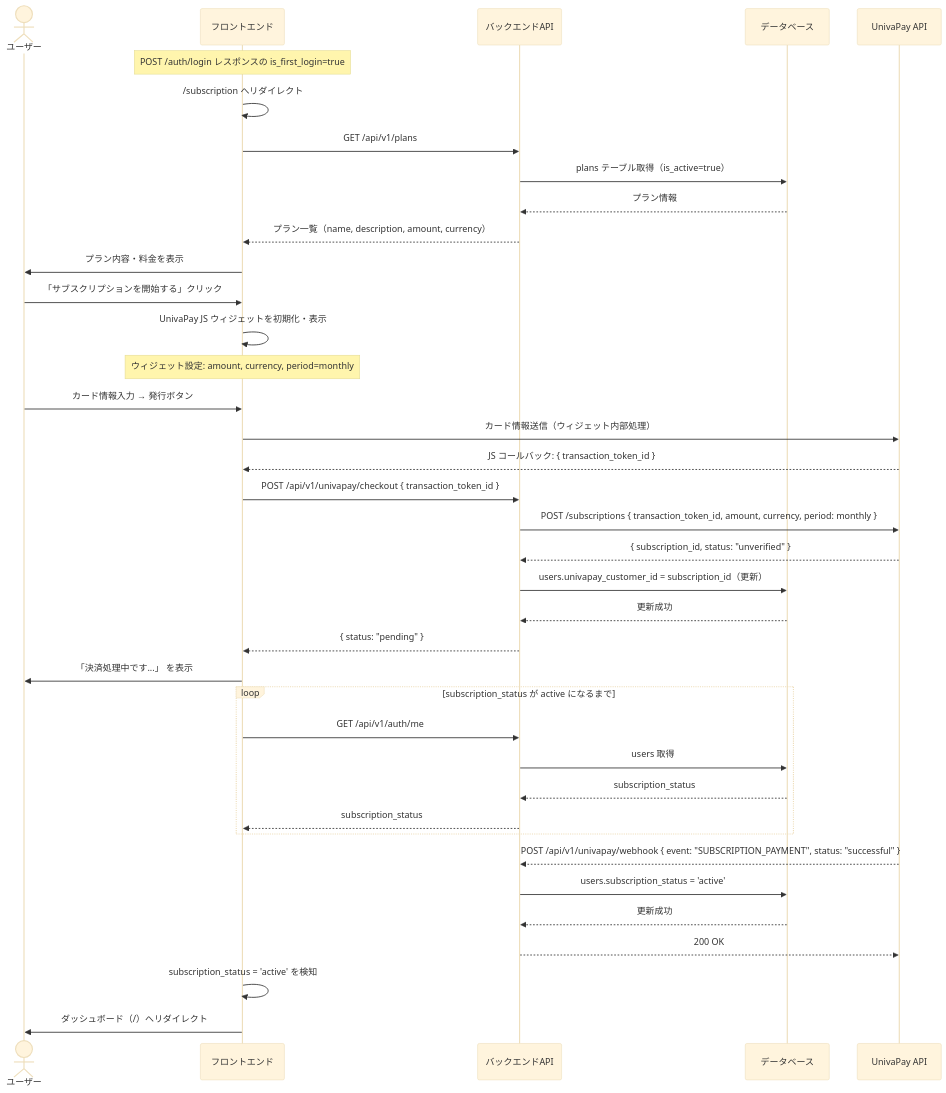
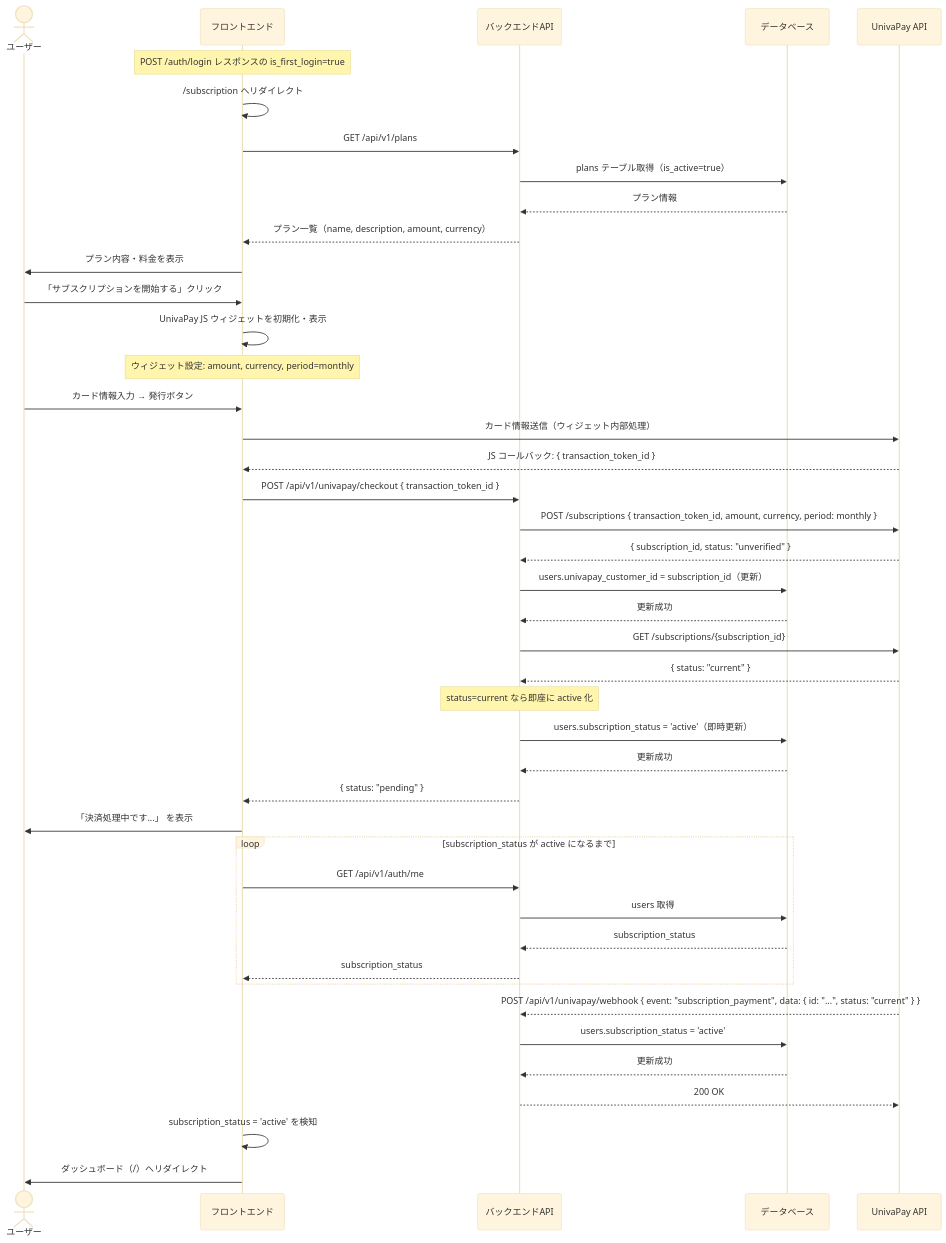
One commit to RRRRRRR-777/SikouLab changed the third of 3 diagrams in docs/functions/subscription/checkout.md. Above: the diagram before and after it, drawn with Mermaid (base theme). The commit also changed other lines of this file and 1 other file, not shown here.

````diff
--- a/docs/functions/subscription/checkout.md
+++ b/docs/functions/subscription/checkout.md
@@ -142,56 +148,64 @@
 ```mermaid
 sequenceDiagram
     actor User as ユーザー
     participant FE as フロントエンド
     participant BE as バックエンドAPI
     participant DB as データベース
     participant UV as UnivaPay API
 
     %% 初回ログイン後のリダイレクト
     Note over FE: POST /auth/login レスポンスの is_first_login=true
     FE->>FE: /subscription へリダイレクト
 
     %% サブスクリプションページ表示
     FE->>BE: GET /api/v1/plans
     BE->>DB: plans テーブル取得（is_active=true）
     DB-->>BE: プラン情報
     BE-->>FE: プラン一覧（name, description, amount, currency）
     FE->>User: プラン内容・料金を表示
 
     %% ウィジェット起動
     User->>FE: 「サブスクリプションを開始する」クリック
     FE->>FE: UnivaPay JS ウィジェットを初期化・表示
     Note over FE: ウィジェット設定: amount, currency, period=monthly
 
     %% カード入力・トークン作成
     User->>FE: カード情報入力 → 発行ボタン
     FE->>UV: カード情報送信（ウィジェット内部処理）
     UV-->>FE: JS コールバック: { transaction_token_id }
 
     %% サブスクリプション作成
     FE->>BE: POST /api/v1/univapay/checkout { transaction_token_id }
     BE->>UV: POST /subscriptions { transaction_token_id, amount, currency, period: monthly }
     UV-->>BE: { subscription_id, status: "unverified" }
     BE->>DB: users.univapay_customer_id = subscription_id（更新）
     DB-->>BE: 更新成功
+
+    %% レースコンディション対策: Webhook到着前にステータスを即時確認
+    BE->>UV: GET /subscriptions/{subscription_id}
+    UV-->>BE: { status: "current" }
+    Note over BE: status=current なら即座に active 化
+    BE->>DB: users.subscription_status = 'active'（即時更新）
+    DB-->>BE: 更新成功
+
     BE-->>FE: { status: "pending" }
 
     %% ウィジェット閉じてポーリング開始
     FE->>User: 「決済処理中です...」 を表示
     loop subscription_status が active になるまで
         FE->>BE: GET /api/v1/auth/me
         BE->>DB: users 取得
         DB-->>BE: subscription_status
         BE-->>FE: subscription_status
     end
 
     %% Webhook 受信（非同期）
-    UV-->>BE: POST /api/v1/univapay/webhook { event: "SUBSCRIPTION_PAYMENT", status: "successful" }
+    UV-->>BE: POST /api/v1/univapay/webhook { event: "subscription_payment", data: { id: "...", status: "current" } }
     BE->>DB: users.subscription_status = 'active'
     DB-->>BE: 更新成功
     BE-->>UV: 200 OK
 
     %% 完了後リダイレクト
     FE->>FE: subscription_status = 'active' を検知
     FE->>User: ダッシュボード（/）へリダイレクト
 ```
````
